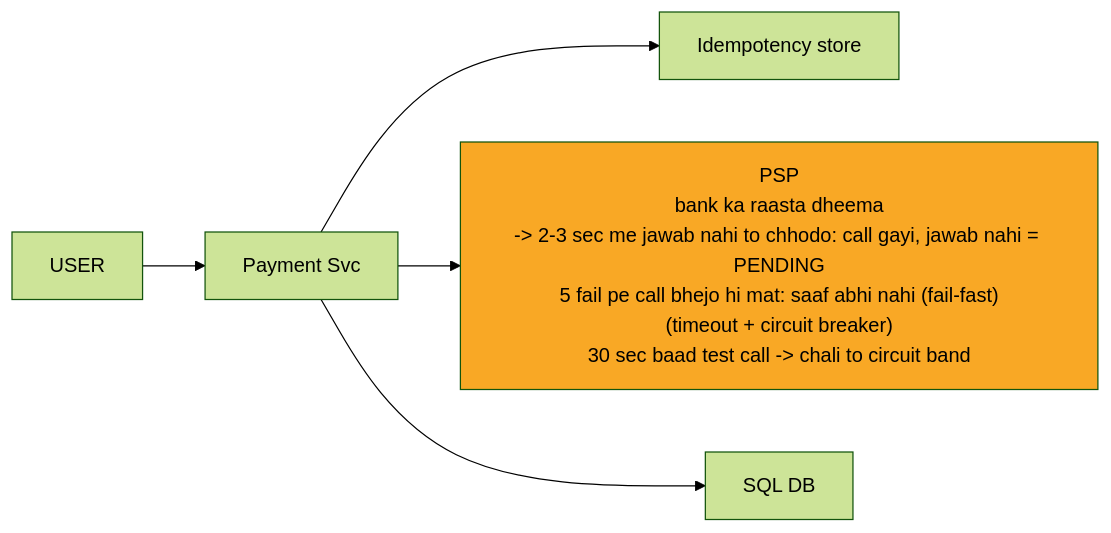
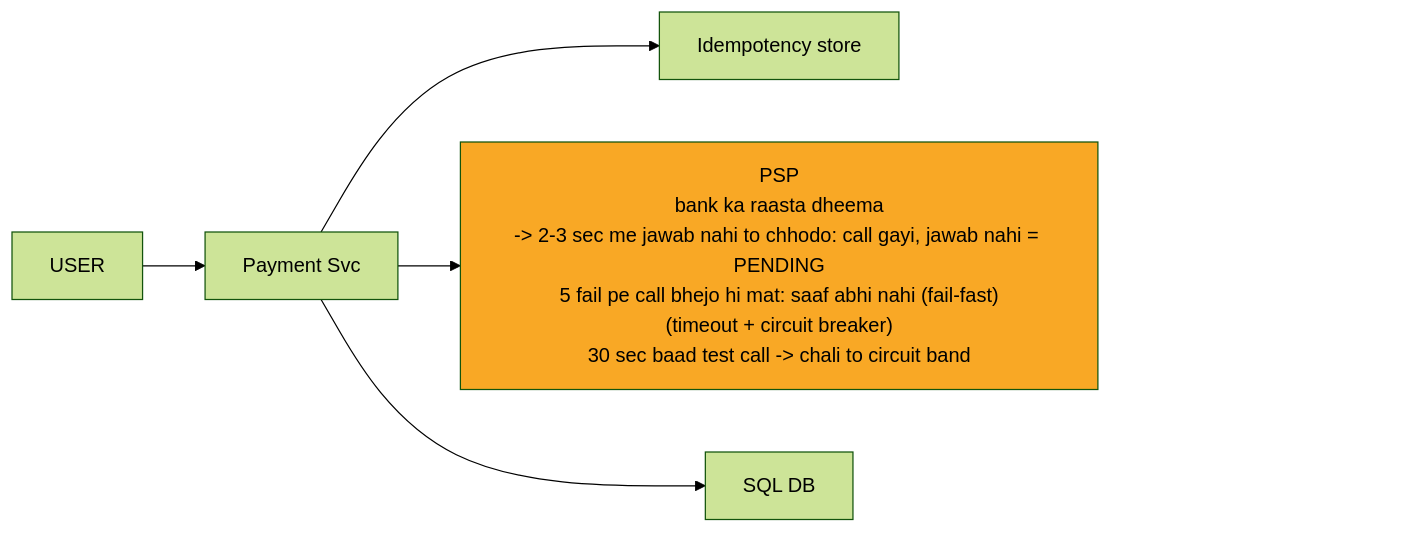
Before and after one commit to ArpanMaheshwari144/Prep: the fifth of 12 diagrams in 04_HLD/SYSTEM_DESIGNS/06_payment_system/06_payment_system.md, drawn with Mermaid (forest theme). The commit also changed other lines of this file and 13 other files, not shown here.

Commit message:
hld 14 file: har diagram ke daayein andekha dabba, zoom button asli dabbe pe na aaye

````diff
--- a/04_HLD/SYSTEM_DESIGNS/06_payment_system/06_payment_system.md
+++ b/04_HLD/SYSTEM_DESIGNS/06_payment_system/06_payment_system.md
@@ -229,14 +241,17 @@
 ```mermaid
 %%{init: {"flowchart": {"wrappingWidth": 450}}}%%
 flowchart LR
     n_USER["USER"]
     n_Payment_Svc["Payment Svc"]
     n_Idempotency_store["Idempotency store"]
     n_PSP["PSP<br/>bank ka raasta dheema<br/>-> 2-3 sec me jawab nahi to chhodo: call gayi, jawab nahi = PENDING<br/>5 fail pe call bhejo hi mat: saaf abhi nahi (fail-fast)<br/>(timeout + circuit breaker)<br/>30 sec baad test call -> chali to circuit band"]
     n_DB["SQL DB"]
     n_USER --> n_Payment_Svc
     n_Payment_Svc --> n_Idempotency_store
     n_Payment_Svc --> n_PSP
     n_Payment_Svc --> n_DB
+    n_pad["xxxxxxxxxxxxxxxx"]
+    n_PSP ~~~ n_pad
     style n_PSP fill:#f9a825,color:#000
+    style n_pad fill:none,stroke:none,color:#ffffff00
 ```
````
